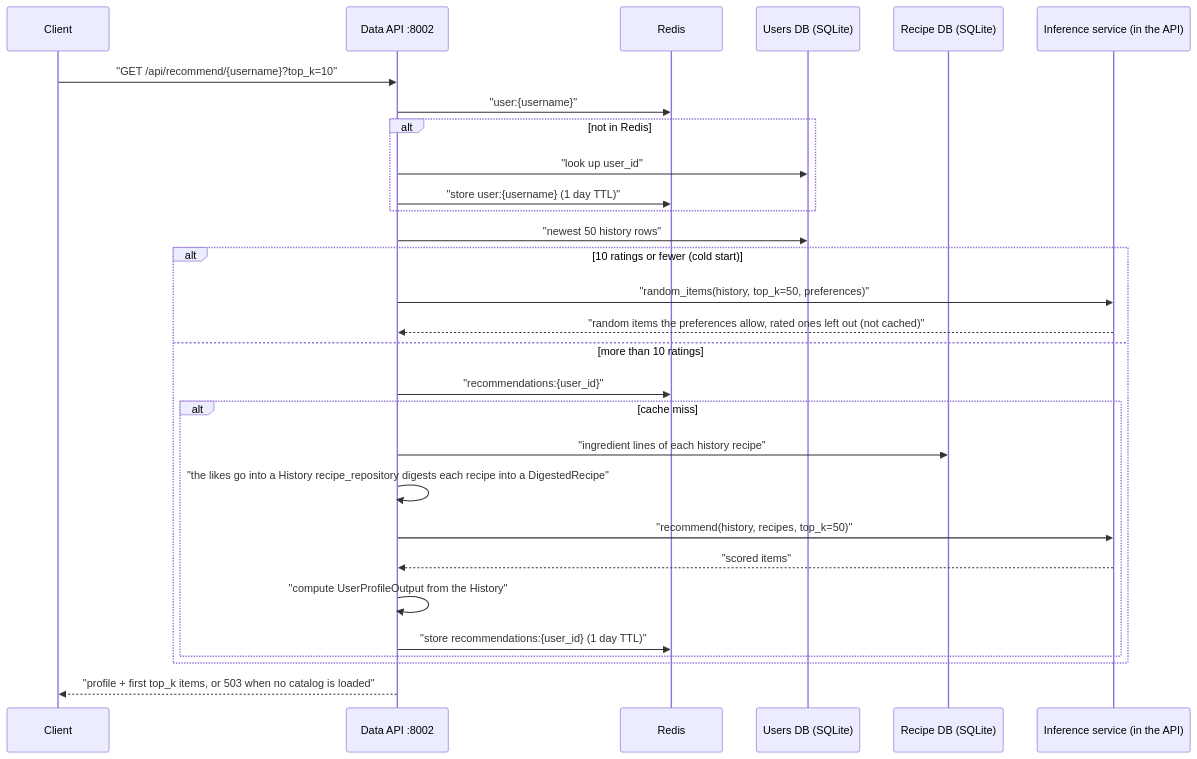
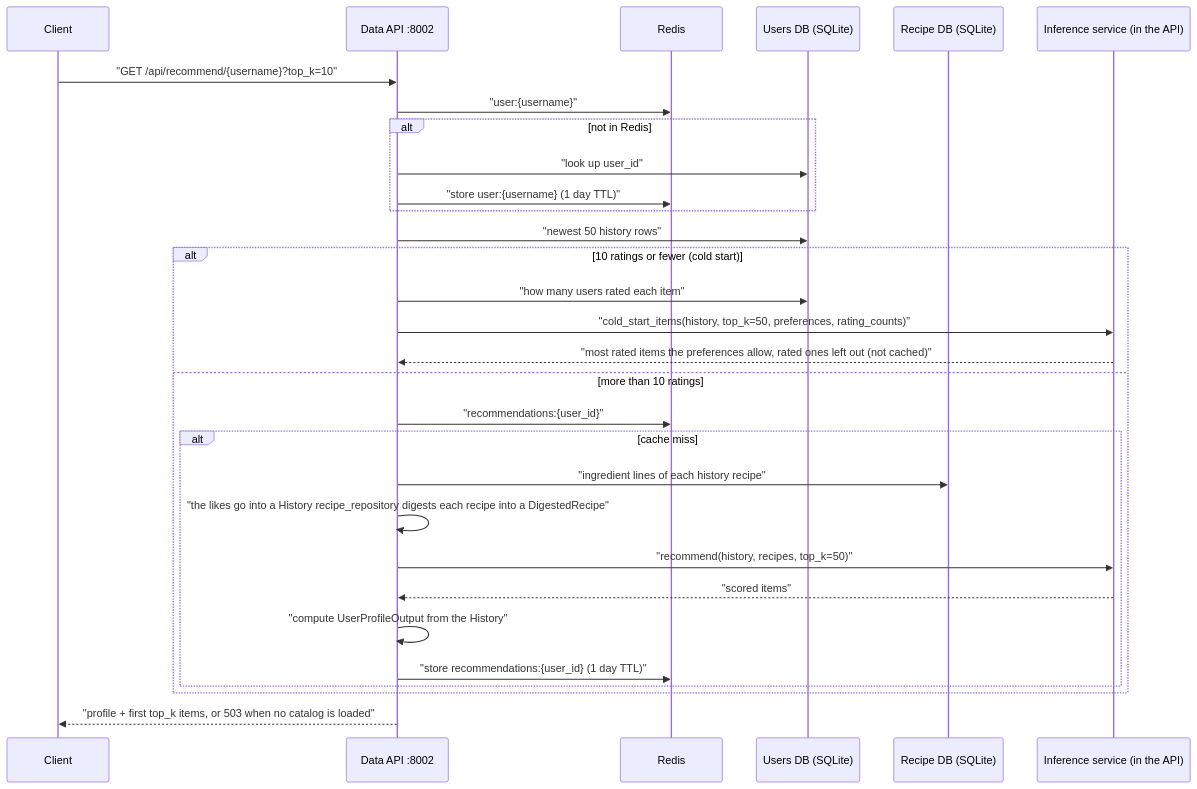
Before and after one commit to 2na3k/practice-project-2: the diagram in SystemCode/remymy/RECOMMENDATION.md, drawn with Mermaid. The commit also changed other lines of this file and 14 other files, not shown here.

Commit message:
Cold start - Popular items

````diff
--- a/SystemCode/remymy/RECOMMENDATION.md
+++ b/SystemCode/remymy/RECOMMENDATION.md
@@ -20,32 +20,33 @@
 ```mermaid
 sequenceDiagram
     participant C as Client
     participant A as Data API :8002
     participant R as Redis
     participant U as Users DB (SQLite)
     participant D as Recipe DB (SQLite)
     participant M as Inference service (in the API)
 
     C->>A: "GET /api/recommend/{username}?top_k=10"
     A->>R: "user:{username}"
     alt not in Redis
         A->>U: "look up user_id"
         A->>R: "store user:{username} (1 day TTL)"
     end
     A->>U: "newest 50 history rows"
     alt 10 ratings or fewer (cold start)
-        A->>M: "random_items(history, top_k=50, preferences)"
-        M-->>A: "random items the preferences allow, rated ones left out (not cached)"
+        A->>U: "how many users rated each item"
+        A->>M: "cold_start_items(history, top_k=50, preferences, rating_counts)"
+        M-->>A: "most rated items the preferences allow, rated ones left out (not cached)"
     else more than 10 ratings
         A->>R: "recommendations:{user_id}"
         alt cache miss
             A->>D: "ingredient lines of each history recipe"
             A->>A: "the likes go into a History recipe_repository digests each recipe into a DigestedRecipe"
             A->>M: "recommend(history, recipes, top_k=50)"
             M-->>A: "scored items"
             A->>A: "compute UserProfileOutput from the History"
             A->>R: "store recommendations:{user_id} (1 day TTL)"
         end
     end
     A-->>C: "profile + first top_k items, or 503 when no catalog is loaded"
 ```
````
